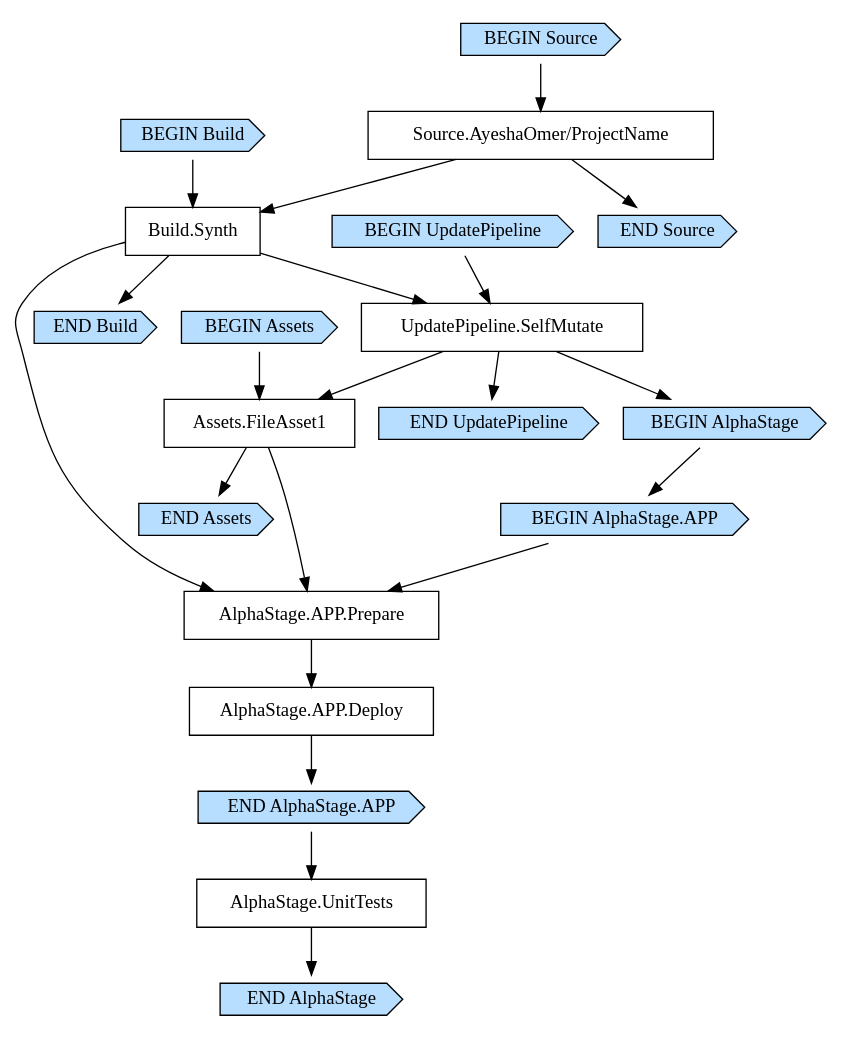
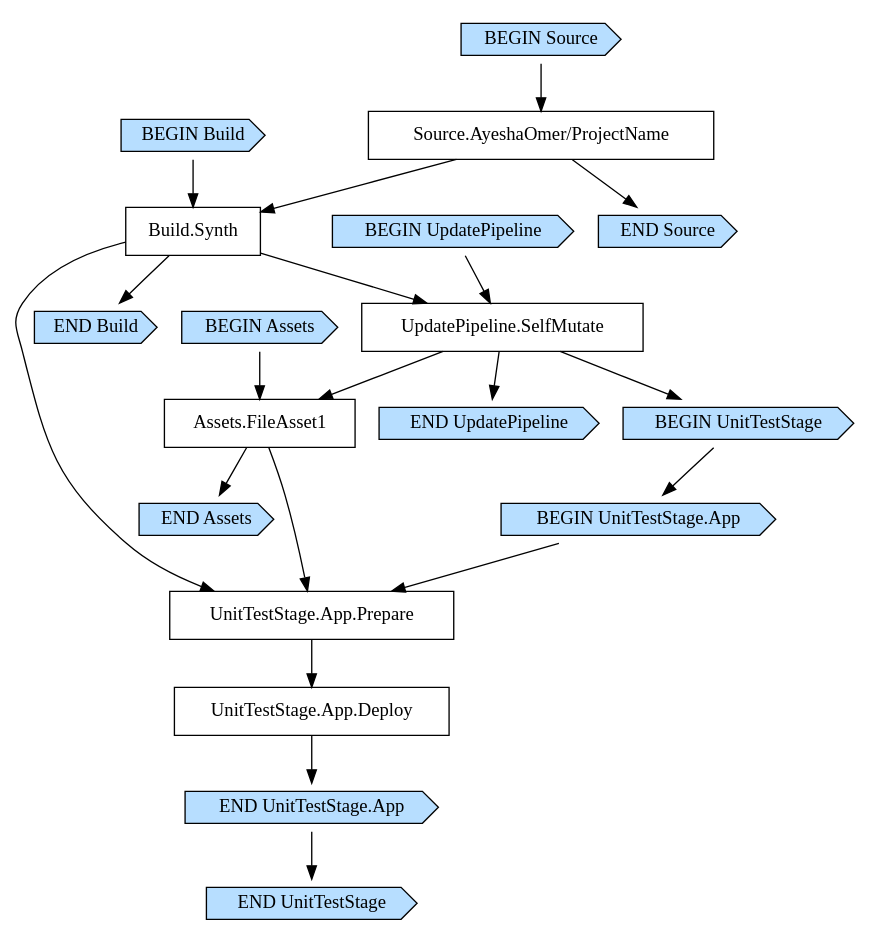
The diagram in Ayesha/cdk.out/PipelineStackpipelineE8F65EF0.dot (AyeshaOmer/ProjectName), drawn with Graphviz before and after one commit. The commit also changed 10 other files, not shown here.

```diff
--- a/Ayesha/cdk.out/PipelineStackpipelineE8F65EF0.dot
+++ b/Ayesha/cdk.out/PipelineStackpipelineE8F65EF0.dot
@@ -1,46 +1,44 @@
 digraph G {
   # Arrows represent an "unlocks" relationship (opposite of dependency). So chosen
   # because the layout looks more natural that way.
   # To represent subgraph dependencies, subgraphs are represented by BEGIN/END nodes.
   # To render: `dot -Tsvg PipelineStackpipelineE8F65EF0.dot > graph.svg`, open in a browser.
   node [shape="box"];
 "BEGIN Build" [shape="cds", style="filled", fillcolor="#b7deff"];
 "END Build" [shape="cds", style="filled", fillcolor="#b7deff"];
 "Build.Synth";
 "Source.AyeshaOmer/ProjectName" -> "Build.Synth";
 "BEGIN Build" -> "Build.Synth";
 "Build.Synth" -> "END Build";
 "BEGIN UpdatePipeline" [shape="cds", style="filled", fillcolor="#b7deff"];
 "END UpdatePipeline" [shape="cds", style="filled", fillcolor="#b7deff"];
 "UpdatePipeline.SelfMutate";
 "Build.Synth" -> "UpdatePipeline.SelfMutate";
 "BEGIN UpdatePipeline" -> "UpdatePipeline.SelfMutate";
 "UpdatePipeline.SelfMutate" -> "END UpdatePipeline";
 "BEGIN Assets" [shape="cds", style="filled", fillcolor="#b7deff"];
 "END Assets" [shape="cds", style="filled", fillcolor="#b7deff"];
 "Assets.FileAsset1";
 "UpdatePipeline.SelfMutate" -> "Assets.FileAsset1";
 "BEGIN Assets" -> "Assets.FileAsset1";
 "Assets.FileAsset1" -> "END Assets";
-"BEGIN AlphaStage" [shape="cds", style="filled", fillcolor="#b7deff"];
-"END AlphaStage" [shape="cds", style="filled", fillcolor="#b7deff"];
-"UpdatePipeline.SelfMutate" -> "BEGIN AlphaStage";
-"BEGIN AlphaStage.APP" [shape="cds", style="filled", fillcolor="#b7deff"];
-"END AlphaStage.APP" [shape="cds", style="filled", fillcolor="#b7deff"];
-"AlphaStage.APP.Deploy";
-"AlphaStage.APP.Prepare" -> "AlphaStage.APP.Deploy";
-"AlphaStage.APP.Prepare";
-"Build.Synth" -> "AlphaStage.APP.Prepare";
-"Assets.FileAsset1" -> "AlphaStage.APP.Prepare";
-"BEGIN AlphaStage.APP" -> "AlphaStage.APP.Prepare";
-"AlphaStage.APP.Deploy" -> "END AlphaStage.APP";
-"AlphaStage.UnitTests";
-"END AlphaStage.APP" -> "AlphaStage.UnitTests";
-"BEGIN AlphaStage" -> "BEGIN AlphaStage.APP";
-"AlphaStage.UnitTests" -> "END AlphaStage";
+"BEGIN UnitTestStage" [shape="cds", style="filled", fillcolor="#b7deff"];
+"END UnitTestStage" [shape="cds", style="filled", fillcolor="#b7deff"];
+"UpdatePipeline.SelfMutate" -> "BEGIN UnitTestStage";
+"BEGIN UnitTestStage.App" [shape="cds", style="filled", fillcolor="#b7deff"];
+"END UnitTestStage.App" [shape="cds", style="filled", fillcolor="#b7deff"];
+"UnitTestStage.App.Deploy";
+"UnitTestStage.App.Prepare" -> "UnitTestStage.App.Deploy";
+"UnitTestStage.App.Prepare";
+"Build.Synth" -> "UnitTestStage.App.Prepare";
+"Assets.FileAsset1" -> "UnitTestStage.App.Prepare";
+"BEGIN UnitTestStage.App" -> "UnitTestStage.App.Prepare";
+"UnitTestStage.App.Deploy" -> "END UnitTestStage.App";
+"BEGIN UnitTestStage" -> "BEGIN UnitTestStage.App";
+"END UnitTestStage.App" -> "END UnitTestStage";
 "BEGIN Source" [shape="cds", style="filled", fillcolor="#b7deff"];
 "END Source" [shape="cds", style="filled", fillcolor="#b7deff"];
 "Source.AyeshaOmer/ProjectName";
 "BEGIN Source" -> "Source.AyeshaOmer/ProjectName";
 "Source.AyeshaOmer/ProjectName" -> "END Source";
 }
```
